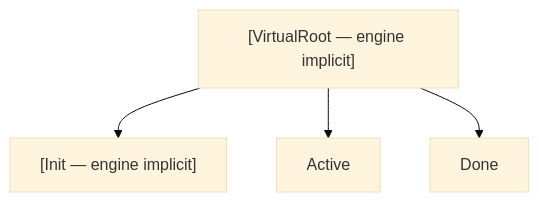
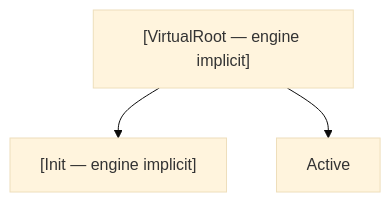
One commit to bloxide-com/bloxide changed the first of 4 diagrams in spec/architecture/02-hsm-engine.md. Above: the diagram before and after it, drawn with Mermaid (base theme). The commit also changed other lines of this file and 7 other files, not shown here.

First line of the commit message:
Step 8b: Update remaining architecture docs for new lifecycle model

````diff
--- a/spec/architecture/02-hsm-engine.md
+++ b/spec/architecture/02-hsm-engine.md
@@ -64,11 +64,9 @@
 ```mermaid
 flowchart TD
     VR["[VirtualRoot — engine implicit]"]
     Init["[Init — engine implicit]"]
     Active
-    Done
 
     VR --> Init
     VR --> Active
-    VR --> Done
 ```
````
